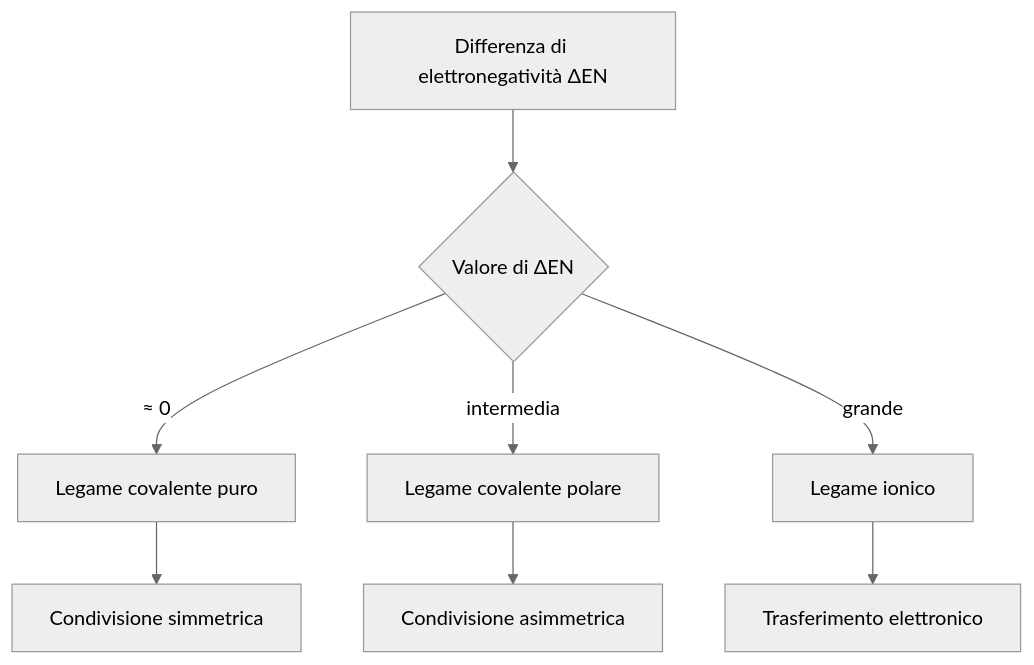
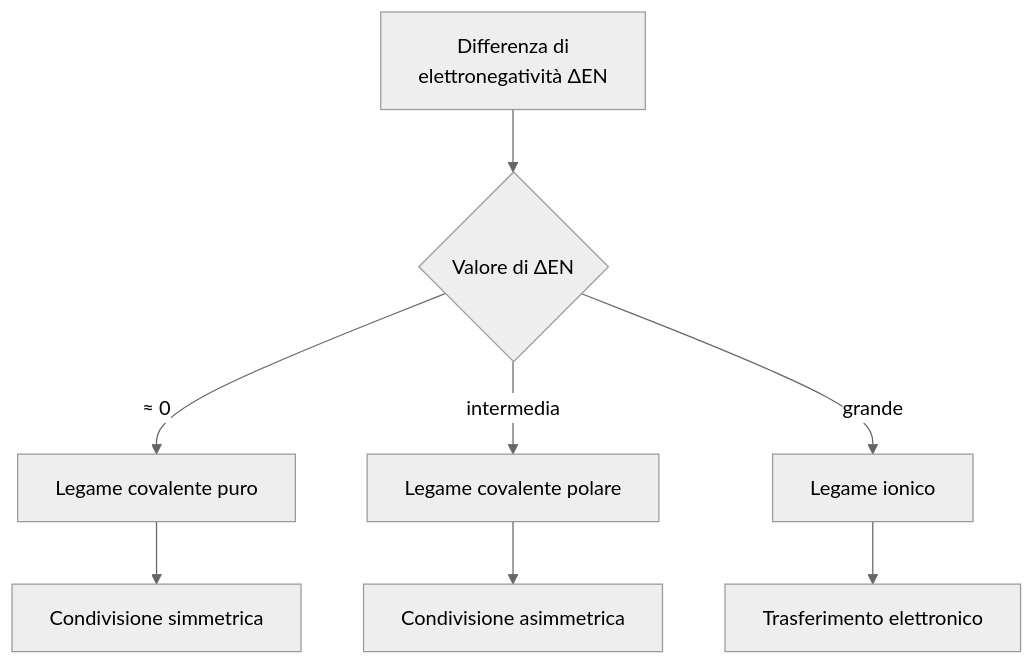
One commit to didattica/CodeCompendium changed the seventh of 8 diagrams in Chimica/05-mappa-concettuale.md. Above: the diagram before and after it, drawn with Mermaid (neutral theme). The commit also changed other lines of this file, not shown here.

````diff
--- a/Chimica/05-mappa-concettuale.md
+++ b/Chimica/05-mappa-concettuale.md
@@ -109,12 +109,12 @@
 ```mermaid
 flowchart TD
-    A[Differenza di elettronegatività ΔEN] --> B{Valore di ΔEN}
+    A[Differenza di<br> elettronegatività ΔEN] --> B{Valore di ΔEN}
 
     B -->|≈ 0| C[Legame covalente puro]
     B -->|intermedia| D[Legame covalente polare]
     B -->|grande| E[Legame ionico]
 
     C --> F[Condivisione simmetrica]
     D --> G[Condivisione asimmetrica]
     E --> H[Trasferimento elettronico]
 ```
````
